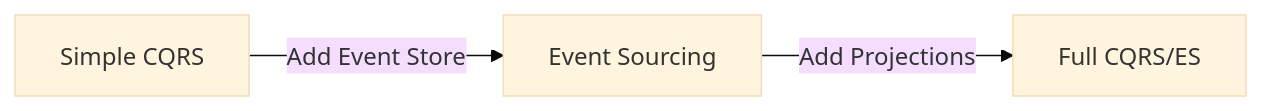
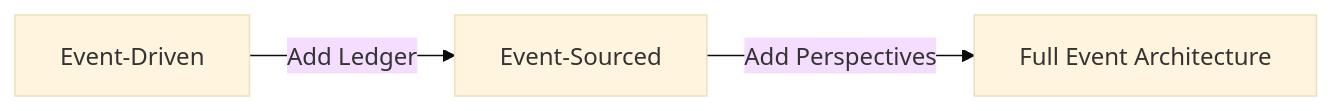
Before and after one commit to whizbang-lib/whizbang-lib.github.io: the first of 4 diagrams in src/assets/docs/getting-started/getting-started.md, drawn with Mermaid (base theme). The commit also changed other lines of this file and 13 other files, not shown here.

````diff
--- a/src/assets/docs/getting-started/getting-started.md
+++ b/src/assets/docs/getting-started/getting-started.md
@@ -19,9 +19,9 @@
 ```mermaid
 graph LR
-    A[Simple CQRS] -->|Add Event Store| B[Event Sourcing]
-    B -->|Add Projections| C[Full CQRS/ES]
+    A[Event-Driven] -->|Add Ledger| B[Event-Sourced]
+    B -->|Add Perspectives| C[Full Event Architecture]
 
     class A layer-command
     class B layer-event
     class C layer-read
 ```
````
